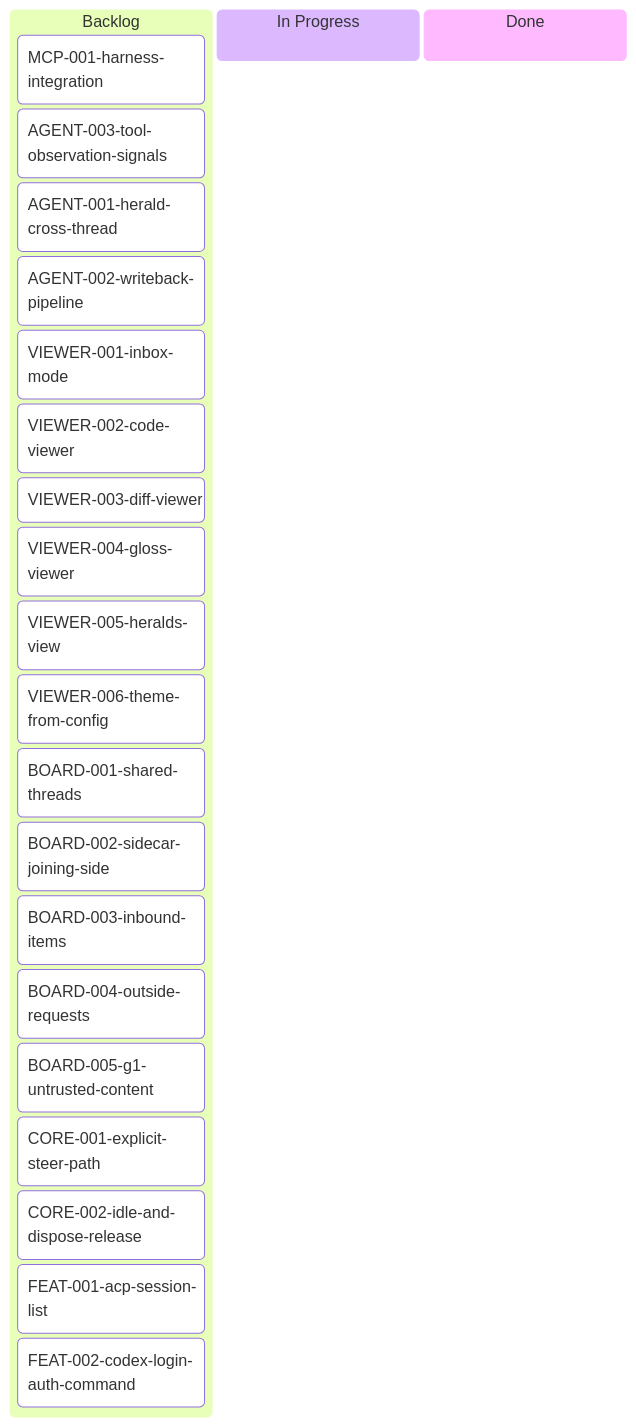
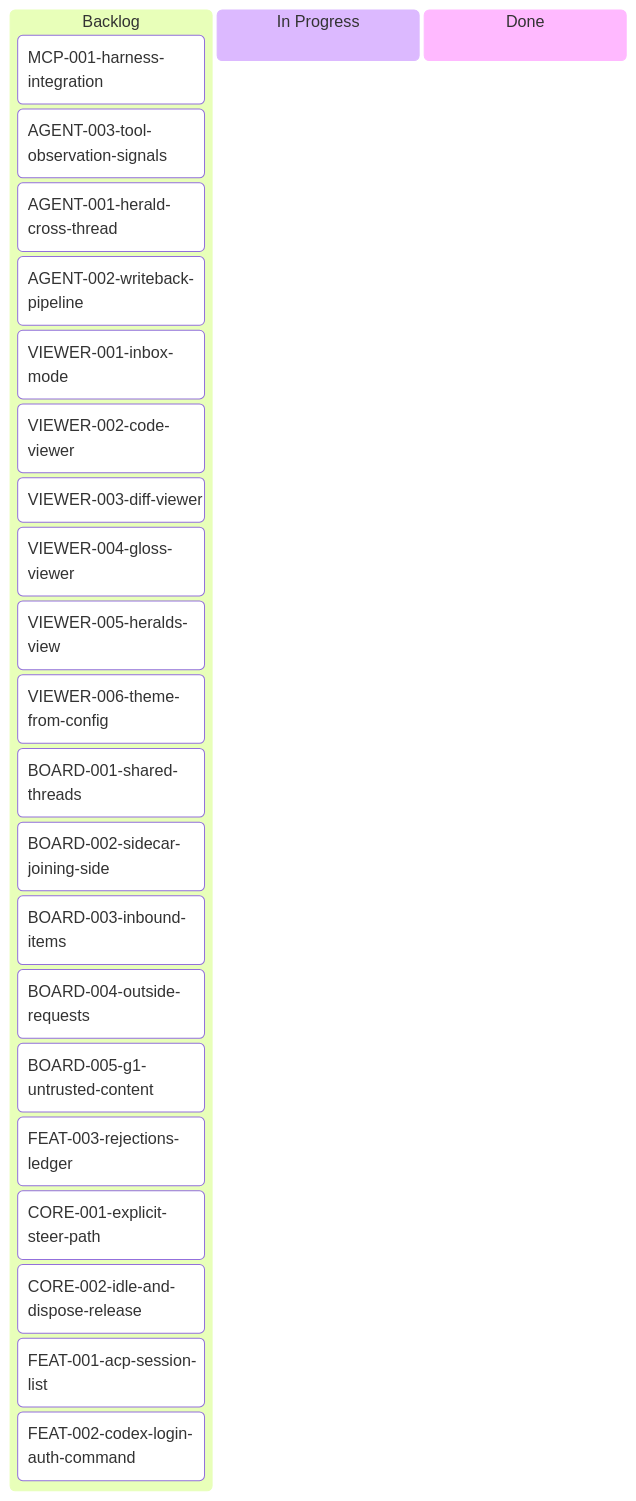
One commit to inixiative/foundry changed the diagram in tickets/kanban-backlog.md. Above: the diagram before and after it, drawn with Mermaid. The commit also changed other lines of this file and 1 other file, not shown here.

Commit message:
tickets: FEAT-003 rejections ledger (Aron 2026-11-01)

````diff
--- a/tickets/kanban-backlog.md
+++ b/tickets/kanban-backlog.md
@@ -3,30 +3,31 @@
 ```mermaid
 ---
 config:
   kanban:
     ticketBaseUrl: 'https://github.com/inixiative/foundry/blob/main/tickets/#TICKET#.md'
 ---
 kanban
   Backlog
     MCP-001-harness-integration
     AGENT-003-tool-observation-signals
     AGENT-001-herald-cross-thread
     AGENT-002-writeback-pipeline
     VIEWER-001-inbox-mode
     VIEWER-002-code-viewer
     VIEWER-003-diff-viewer
     VIEWER-004-gloss-viewer
     VIEWER-005-heralds-view
     VIEWER-006-theme-from-config
     BOARD-001-shared-threads
     BOARD-002-sidecar-joining-side
     BOARD-003-inbound-items
     BOARD-004-outside-requests
     BOARD-005-g1-untrusted-content
+    FEAT-003-rejections-ledger
     CORE-001-explicit-steer-path
     CORE-002-idle-and-dispose-release
     FEAT-001-acp-session-list
     FEAT-002-codex-login-auth-command
   In Progress
   Done
 ```
````
